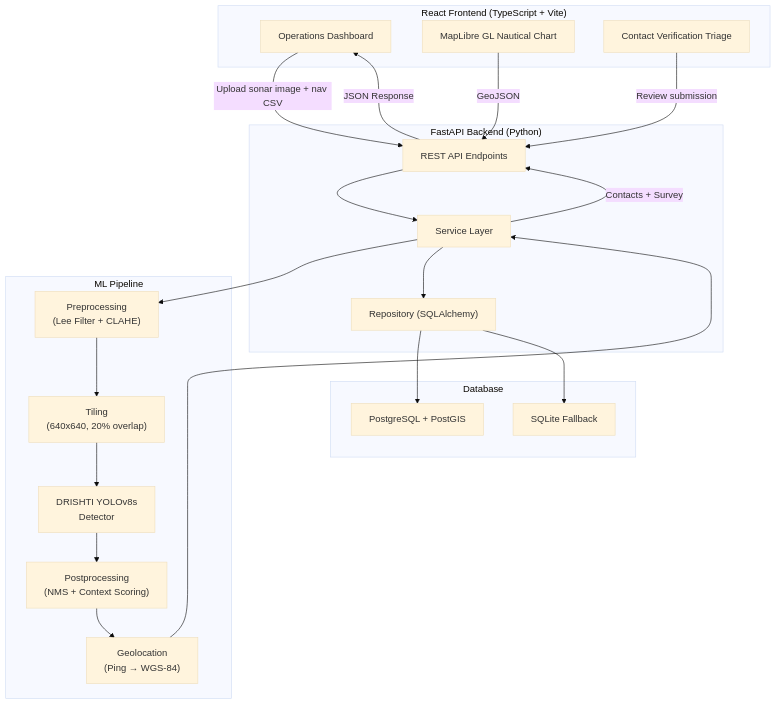
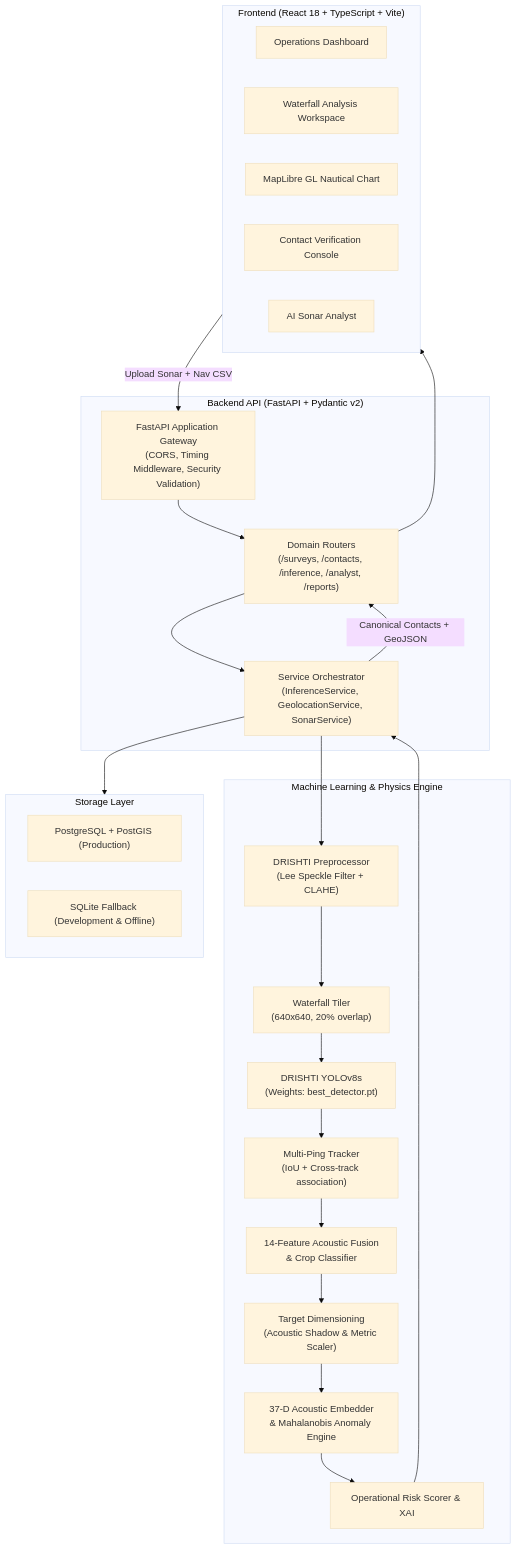
One commit to NithinPranav-007/SIH-2026-SSS-project changed the diagram in README.md. Above: the diagram before and after it, drawn with Mermaid (base theme). The commit also changed other lines of this file and 18 other files, not shown here.

First line of the commit message:
feat(production): transform SONAR-INTEL into industry-grade maritime intelligence platform

````diff
--- a/README.md
+++ b/README.md
@@ -54,39 +48,39 @@
 ```mermaid
 flowchart TD
-    subgraph Frontend["React Frontend (TypeScript + Vite)"]
-        UI["Operations Dashboard"]
+    subgraph UI["Frontend (React 18 + TypeScript + Vite)"]
+        DASH["Operations Dashboard"]
+        WORKSPACE["Waterfall Analysis Workspace"]
         MAP["MapLibre GL Nautical Chart"]
-        TRIAGE["Contact Verification Triage"]
+        TRIAGE["Contact Verification Console"]
+        ANALYST["AI Sonar Analyst"]
     end
 
-    subgraph Backend["FastAPI Backend (Python)"]
-        API["REST API Endpoints"]
-        SVC["Service Layer"]
-        REPO["Repository (SQLAlchemy)"]
+    subgraph API["Backend API (FastAPI + Pydantic v2)"]
+        GATEWAY["FastAPI Application Gateway\n(CORS, Timing Middleware, Security Validation)"]
+        ROUTERS["Domain Routers\n(/surveys, /contacts, /inference, /analyst, /reports)"]
+        SERVICES["Service Orchestrator\n(InferenceService, GeolocationService, SonarService)"]
     end
 
-    subgraph ML["ML Pipeline"]
-        PRE["Preprocessing\n(Lee Filter + CLAHE)"]
-        TILE["Tiling\n(640x640, 20% overlap)"]
-        DET["DRISHTI YOLOv8s\nDetector"]
-        POST["Postprocessing\n(NMS + Context Scoring)"]
-        GEO["Geolocation\n(Ping → WGS-84)"]
+    subgraph ML["Machine Learning & Physics Engine"]
+        PRE["DRISHTI Preprocessor\n(Lee Speckle Filter + CLAHE)"]
+        TILE["Waterfall Tiler\n(640x640, 20% overlap)"]
+        DET["DRISHTI YOLOv8s\n(Weights: best_detector.pt)"]
+        TRACK["Multi-Ping Tracker\n(IoU + Cross-track association)"]
+        FUSION["14-Feature Acoustic Fusion\n& Crop Classifier"]
+        MEASURE["Target Dimensioning\n(Acoustic Shadow & Metric Scaler)"]
+        EMBED["37-D Acoustic Embedder\n& Mahalanobis Anomaly Engine"]
+        RISK["Operational Risk Scorer & XAI"]
     end
 
-    subgraph DB["Database"]
-        PG["PostgreSQL + PostGIS"]
-        SQ["SQLite Fallback"]
+    subgraph DB["Storage Layer"]
+        PG["PostgreSQL + PostGIS (Production)"]
+        SQ["SQLite Fallback (Development & Offline)"]
     end
 
-    UI -->|Upload sonar image + nav CSV| API
-    API --> SVC
-    SVC --> PRE --> TILE --> DET --> POST --> GEO
-    GEO --> SVC
-    SVC --> REPO
-    REPO --> PG
-    REPO --> SQ
-    SVC -->|Contacts + Survey| API
-    API -->|JSON Response| UI
-    TRIAGE -->|Review submission| API
-    MAP -->|GeoJSON| API
+    UI -->|Upload Sonar + Nav CSV| GATEWAY
+    GATEWAY --> ROUTERS --> SERVICES
+    SERVICES --> PRE --> TILE --> DET --> TRACK --> FUSION --> MEASURE --> EMBED --> RISK
+    RISK --> SERVICES
+    SERVICES --> DB
+    SERVICES -->|Canonical Contacts + GeoJSON| ROUTERS --> UI
 ```
````
